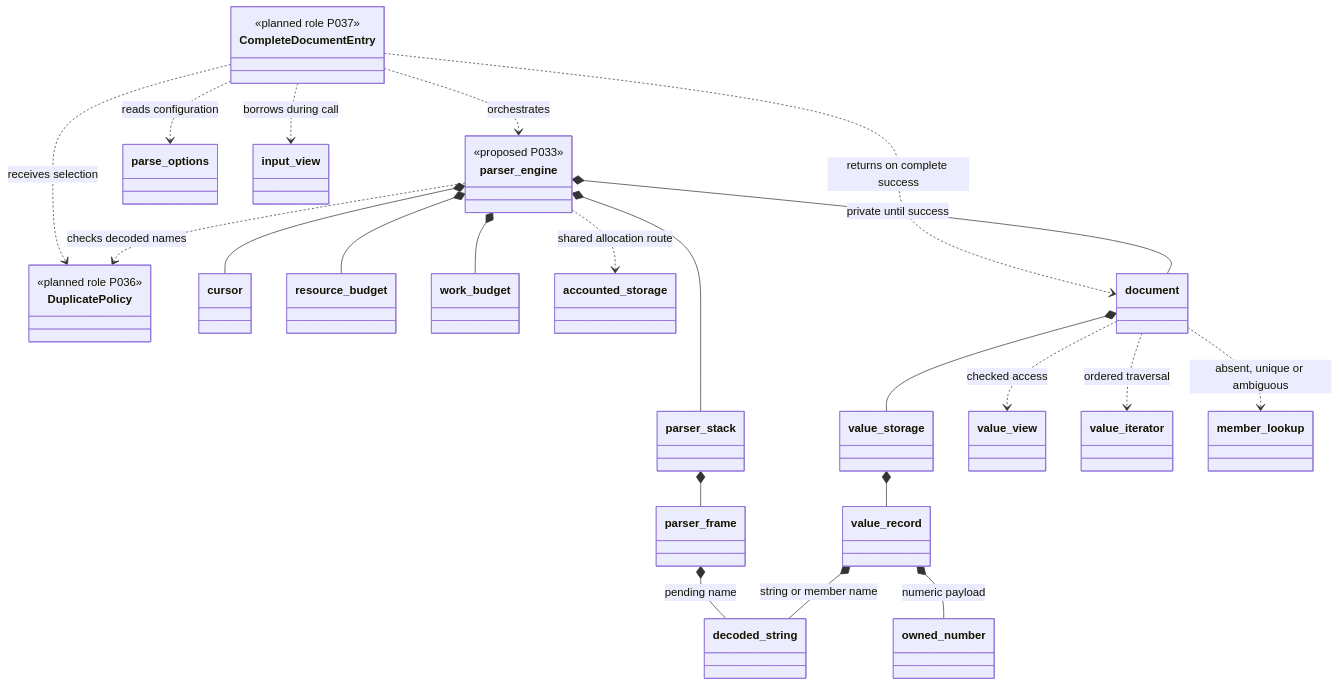
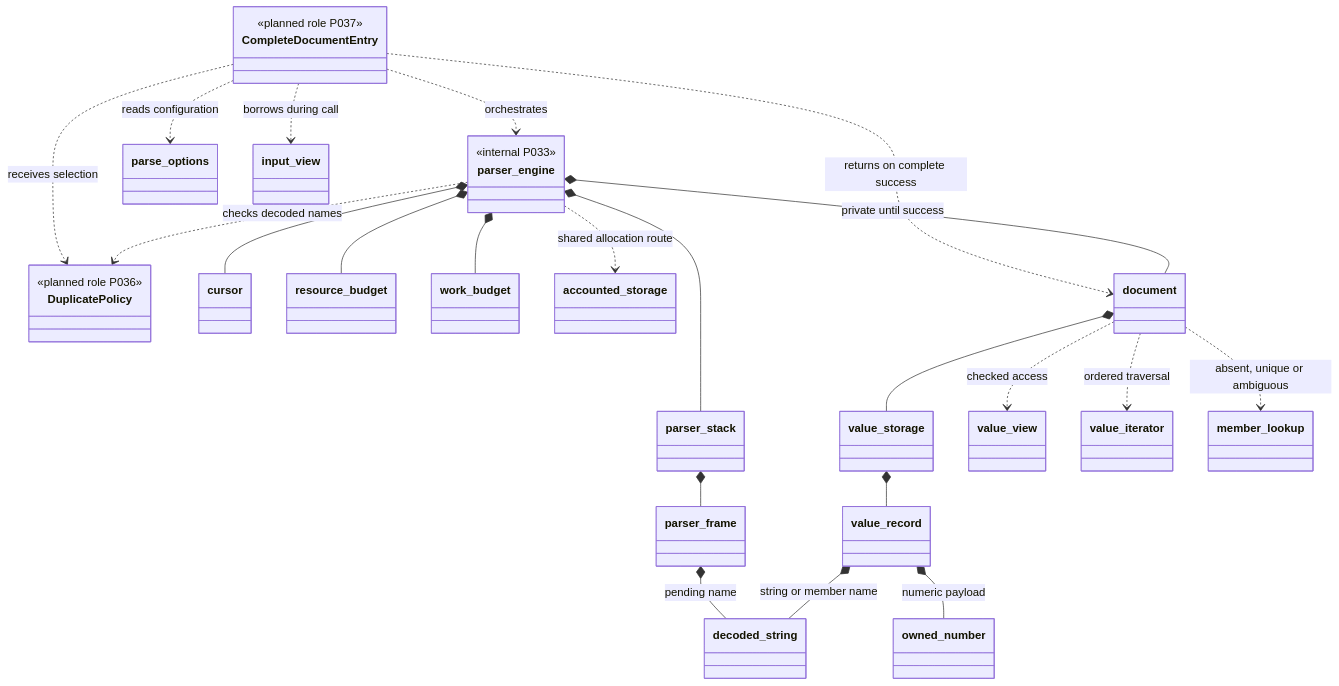
The third of 14 diagrams in docs/current-architecture.md (Romanr92/Adaptive_JSON5), drawn with Mermaid before and after one commit. The commit also changed other lines of this file and 267 other files, not shown here.

````diff
--- a/docs/current-architecture.md
+++ b/docs/current-architecture.md
@@ -173,49 +182,49 @@
 ```mermaid
 classDiagram
     class CompleteDocumentEntry {
         <<planned role P037>>
     }
     class parser_engine {
-        <<proposed P033>>
+        <<internal P033>>
     }
     class DuplicatePolicy {
         <<planned role P036>>
     }
     class parse_options
     class input_view
     class cursor
     class parser_stack
     class parser_frame
     class resource_budget
     class work_budget
     class accounted_storage
     class document
     class value_storage
     class value_record
     class decoded_string
     class owned_number
     class value_view
     class value_iterator
     class member_lookup
     CompleteDocumentEntry ..> input_view : borrows during call
     CompleteDocumentEntry ..> parse_options : reads configuration
     CompleteDocumentEntry ..> DuplicatePolicy : receives selection
     CompleteDocumentEntry ..> parser_engine : orchestrates
     CompleteDocumentEntry ..> document : returns on complete success
     parser_engine *-- cursor
     parser_engine *-- parser_stack
     parser_stack *-- parser_frame
     parser_frame *-- decoded_string : pending name
     parser_engine *-- resource_budget
     parser_engine *-- work_budget
     parser_engine *-- document : private until success
     parser_engine ..> DuplicatePolicy : checks decoded names
     parser_engine ..> accounted_storage : shared allocation route
     document *-- value_storage
     value_storage *-- value_record
     value_record *-- decoded_string : string or member name
     value_record *-- owned_number : numeric payload
     document ..> value_view : checked access
     document ..> value_iterator : ordered traversal
     document ..> member_lookup : absent, unique or ambiguous
 ```
````
